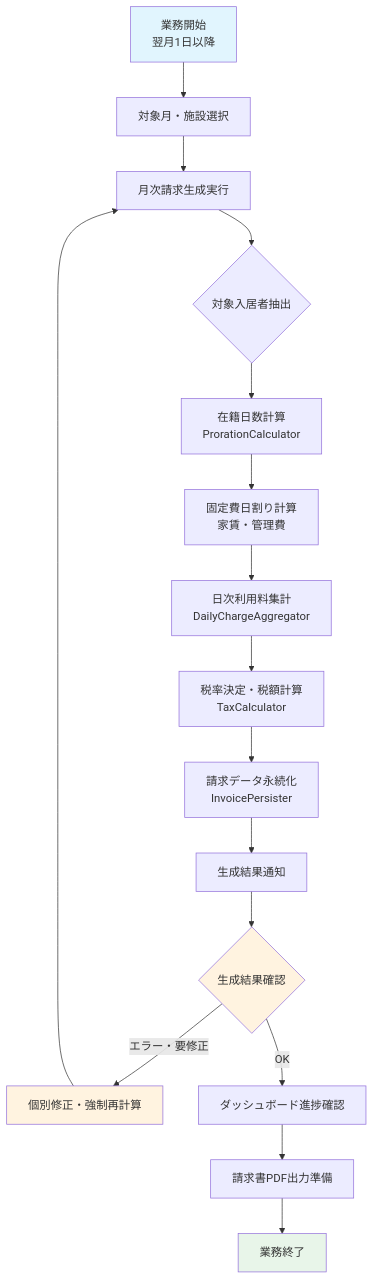
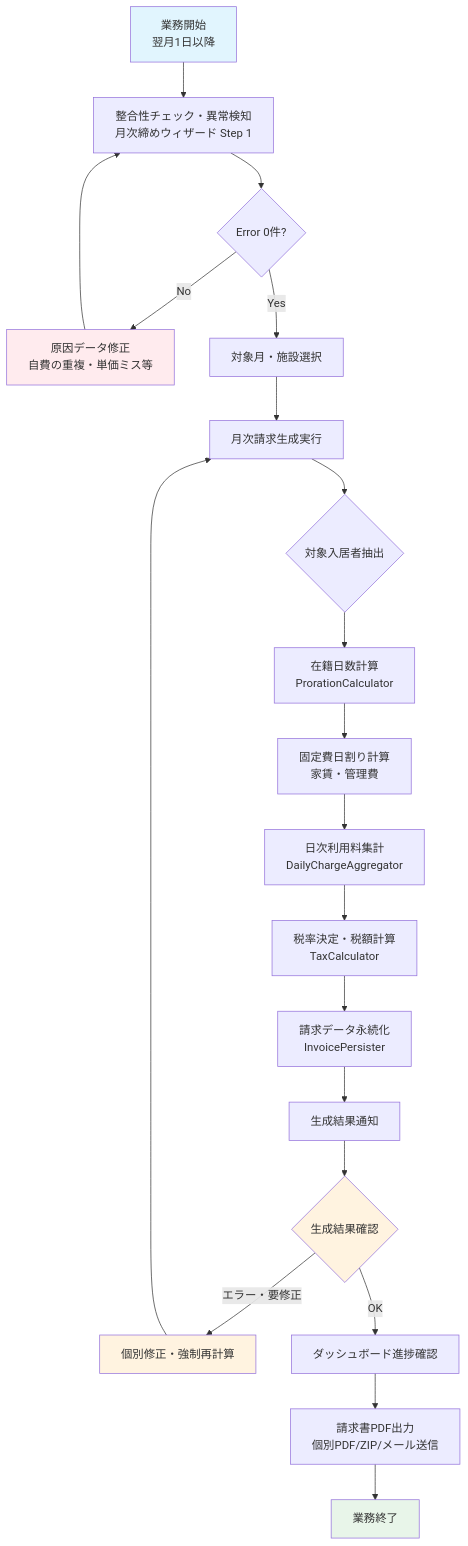
One commit to annahoikuen-debug/filament changed the diagram in docs/workflows/02_月次請求書生成発行業務フロー.md. Above: the diagram before and after it, drawn with Mermaid. The commit also changed other lines of this file and 154 other files, not shown here.

Commit message:
Implement UX Efficiency Roadmap steps 1-36: Enhanced dashboard, chatbot improvements, billing workflows, security enhancements, and new features including encryption, backup, electronic records, and UI/UX improvements

````diff
--- a/docs/workflows/02_月次請求書生成発行業務フロー.md
+++ b/docs/workflows/02_月次請求書生成発行業務フロー.md
@@ -10,23 +21,28 @@
 ```mermaid
 flowchart TD
-    A[業務開始<br/>翌月1日以降] --> B[対象月・施設選択]
+    A[業務開始<br/>翌月1日以降] --> A0[整合性チェック・異常検知<br/>月次締めウィザード Step 1]
+    A0 --> A1{Error 0件?}
+    A1 -->|No| A2[原因データ修正<br/>自費の重複・単価ミス等]
+    A2 --> A0
+    A1 -->|Yes| B[対象月・施設選択]
     B --> C[月次請求生成実行]
     C --> D{対象入居者抽出}
     D --> E[在籍日数計算<br/>ProrationCalculator]
     E --> F[固定費日割り計算<br/>家賃・管理費]
     F --> G[日次利用料集計<br/>DailyChargeAggregator]
     G --> H[税率決定・税額計算<br/>TaxCalculator]
     H --> I[請求データ永続化<br/>InvoicePersister]
     I --> J[生成結果通知]
     J --> K{生成結果確認}
     K -->|エラー・要修正| L[個別修正・強制再計算]
     L --> C
     K -->|OK| M[ダッシュボード進捗確認]
-    M --> N[請求書PDF出力準備]
+    M --> N[請求書PDF出力<br/>個別PDF/ZIP/メール送信]
     N --> O[業務終了]
 
     style A fill:#e1f5fe
     style O fill:#e8f5e9
     style L fill:#fff3e0
     style K fill:#fff3e0
+    style A2 fill:#ffebee
 ```
````
